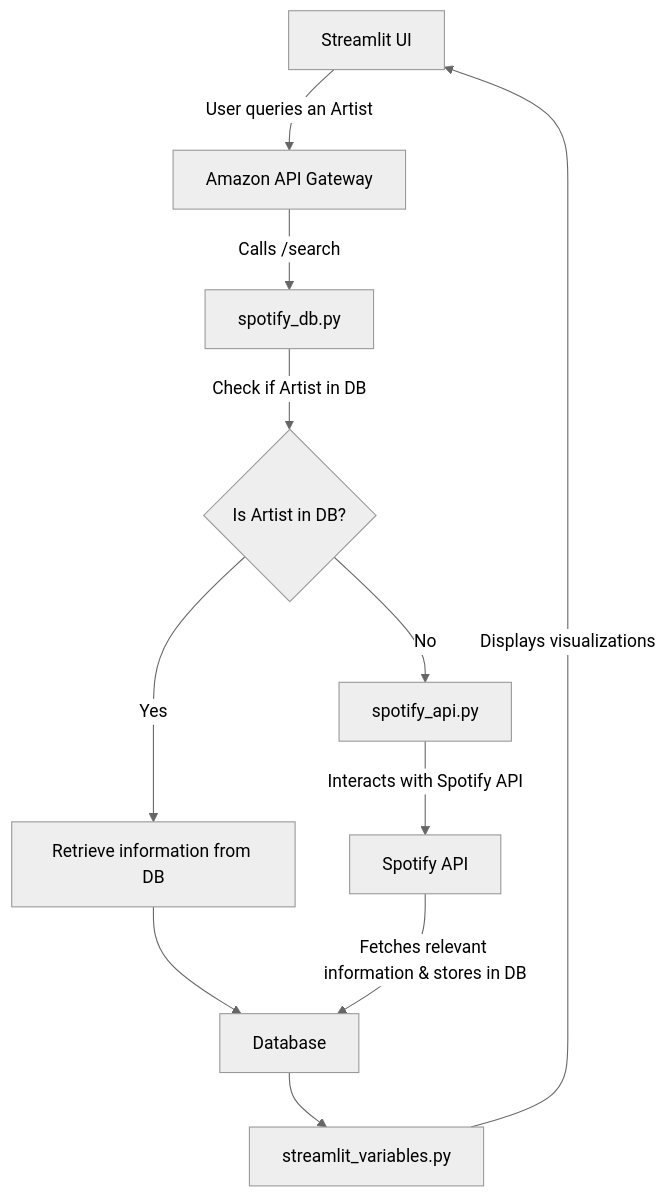
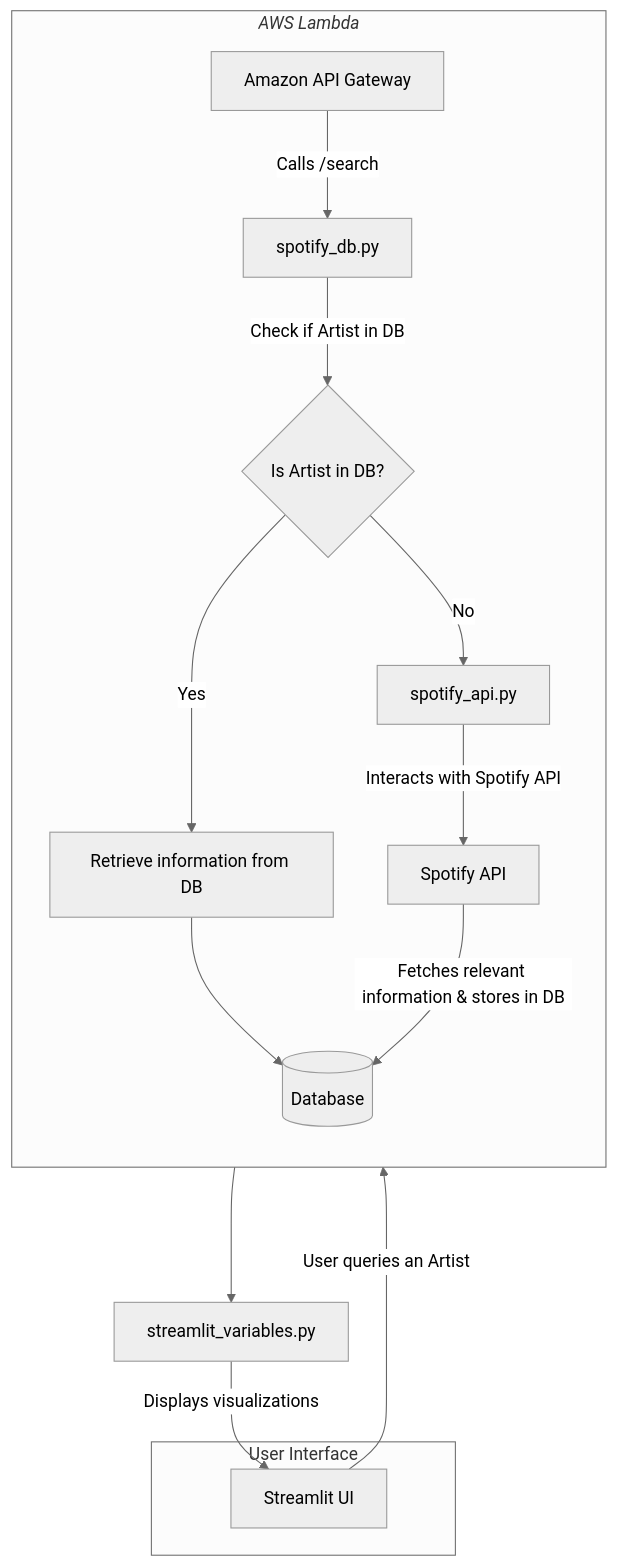
One commit to michaelareyes/608-spotify-app changed the fourth of 4 diagrams in flowchart.md. Above: the diagram before and after it, drawn with Mermaid (neutral theme).

Commit message:
Update flowchart.md part 2?

````diff
--- a/flowchart.md
+++ b/flowchart.md
@@ -85,18 +85,28 @@
 ```mermaid
+
 graph TB;
-    Streamlit_UI --> |User queries an Artist| API[Amazon API Gateway]
-    API --> |Calls /search| spotify_db_py
-    CheckArtist -->|No| spotify_api_py[spotify_api.py]
-    spotify_api_py -->|Interacts with Spotify API| Spotify_API[Spotify API]
+    streamlit_variables.py -->|Displays visualizations| Streamlit_UI[Streamlit UI]
+    engine --> streamlit_variables.py
+    
+    subgraph AWS_Lambda["<i>AWS Lambda</i>"]
+        direction TB
+        API --> |Calls /search| spotify_db_py
+        spotify_db_py[spotify_db.py] -->|Check if Artist in DB| CheckArtist{Is Artist in DB?}
+        CheckArtist -->|No| spotify_api_py[spotify_api.py]
+        spotify_api_py -->|Interacts with Spotify API| Spotify_API[Spotify API]
+        CheckArtist -->|Yes| RetrieveInfo[Retrieve information from DB]
+        RetrieveInfo -->engine
+        Spotify_API -->|Fetches relevant information & stores in DB| engine[(Database)]
+    end
 
-    spotify_db_py[spotify_db.py] -->|Check if Artist in DB| CheckArtist{Is Artist in DB?}
+    subgraph streamlit["User Interface"]
+        
+        Streamlit_UI ----> |User queries an Artist| API[Amazon API Gateway]
+        
+        
+    end
+
     
-    CheckArtist -->|Yes| RetrieveInfo[Retrieve information from DB]
-    RetrieveInfo -->engine
-    engine --> streamlit_variables.py
 
-    streamlit_variables.py -->|Displays visualizations| Streamlit_UI[Streamlit UI]
-    
-    Spotify_API -->|Fetches relevant information & stores in DB| engine[Database]
 
 ```
````
